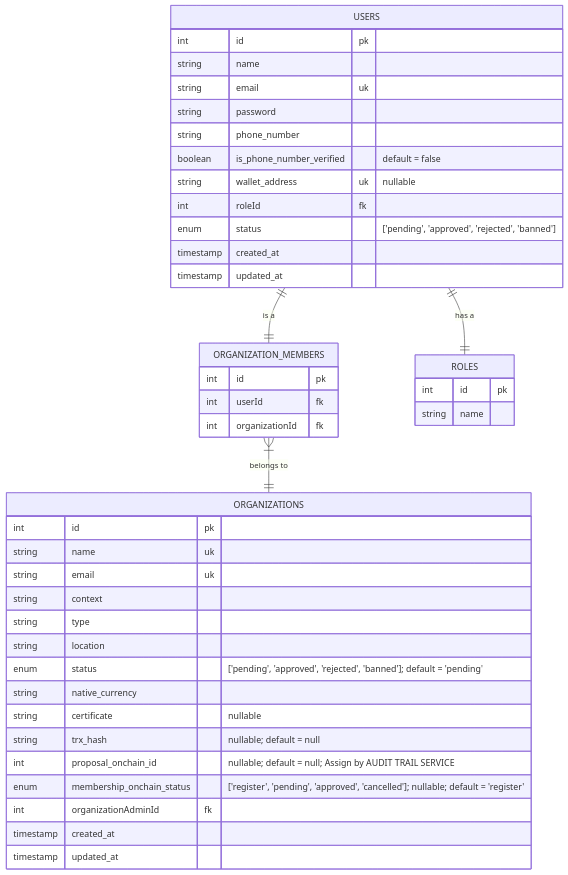
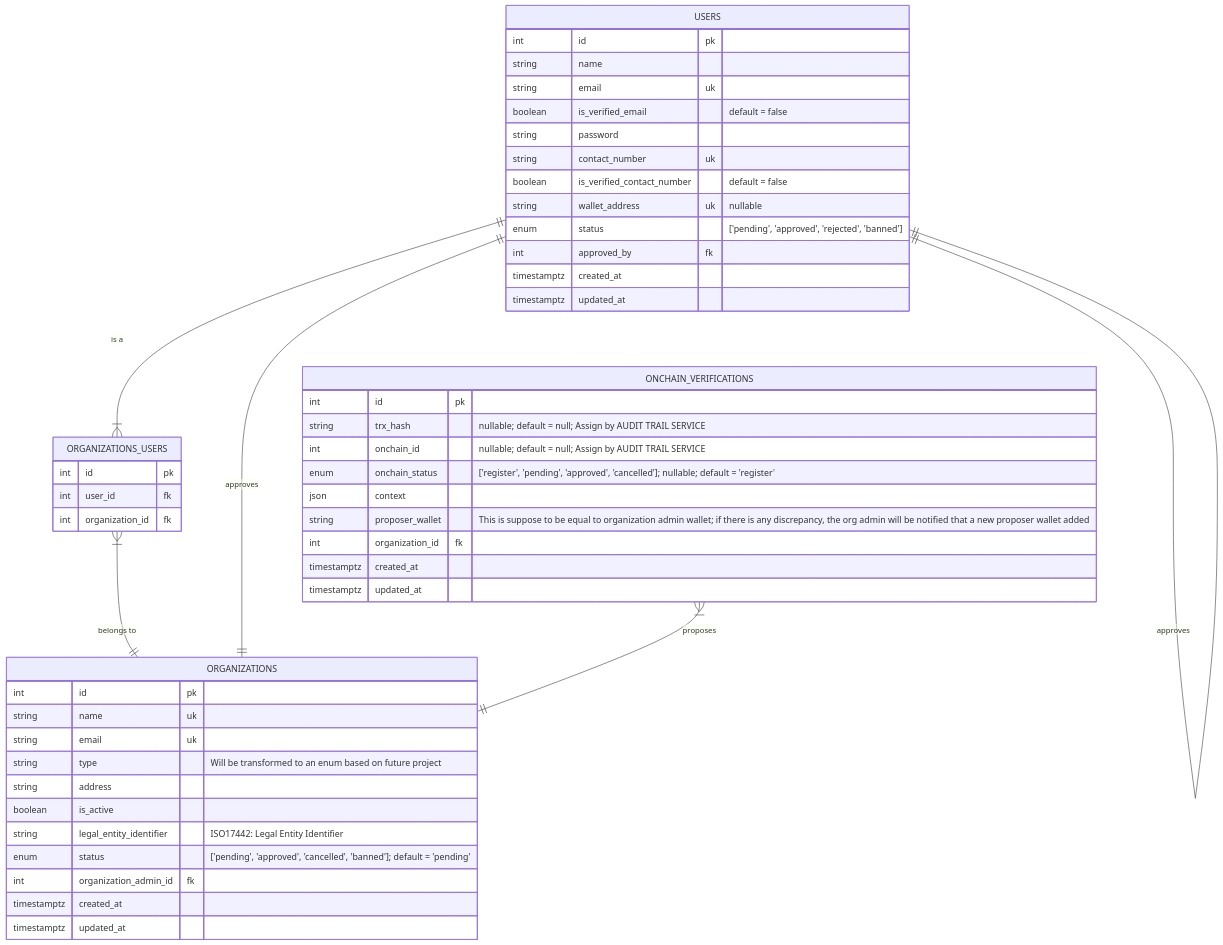
Before and after one commit to FinCube-23/DAO-Proposal-Governance: the third of 3 diagrams in IMPROVED-ER-DIAGRAM.md, drawn with Mermaid. The commit also changed other lines of this file, not shown here.

Commit message:
feat: fincube #291 Update ER diagram with improved data types and structure

````diff
--- a/IMPROVED-ER-DIAGRAM.md
+++ b/IMPROVED-ER-DIAGRAM.md
@@ -52,51 +56,57 @@
 ```mermaid
 erDiagram
 
 USERS {
     int id pk
     string name
     string email uk
+    boolean is_verified_email "default = false"
     string password
-    string phone_number
-    boolean is_phone_number_verified "default = false"
+    string contact_number uk
+    boolean is_verified_contact_number "default = false"
     string wallet_address uk "nullable"
-    int roleId fk
-    enum status "['pending', 'approved', 'rejected', 'banned']" 
-    timestamp created_at
-    timestamp updated_at
+    enum status "['pending', 'approved', 'rejected', 'banned']"
+    int approved_by fk
+    timestamptz created_at
+    timestamptz updated_at
 }
 
 ORGANIZATIONS {
     int id pk
     string name uk
     string email uk
-    string context
-    string type
-    string location
-    enum status "['pending', 'approved', 'rejected', 'banned']; default = 'pending'"
-    string native_currency 
-    string certificate "nullable"
-    string trx_hash "nullable; default = null"
-    int proposal_onchain_id "nullable; default = null; Assign by AUDIT TRAIL SERVICE"
-    enum membership_onchain_status "['register', 'pending', 'approved', 'cancelled']; nullable; default = 'register'"
-    int organizationAdminId fk
-    timestamp created_at
-    timestamp updated_at
+    string type "Will be transformed to an enum based on future project"
+    string address
+    boolean is_active
+    string legal_entity_identifier "ISO17442: Legal Entity Identifier"
+    enum status "['pending', 'approved', 'cancelled', 'banned']; default = 'pending'"
+    int organization_admin_id fk
+    timestamptz created_at
+    timestamptz updated_at
 }
 
-ORGANIZATION_MEMBERS {
+ORGANIZATIONS_USERS {
     int id pk
-    int userId fk
-    int organizationId fk
+    int user_id fk
+    int organization_id fk
 }
 
-ROLES {
+ONCHAIN_VERIFICATIONS {
     int id pk
-    string name
+    string trx_hash "nullable; default = null; Assign by AUDIT TRAIL SERVICE"
+    int onchain_id "nullable; default = null; Assign by AUDIT TRAIL SERVICE"
+    enum onchain_status "['register', 'pending', 'approved', 'cancelled']; nullable; default = 'register'"
+    json context
+    string proposer_wallet "This is suppose to be equal to organization admin wallet; if there is any discrepancy, the org admin will be notified that a new proposer wallet added"
+    int organization_id fk
+    timestamptz created_at
+    timestamptz updated_at
 }
 
-USERS ||--|| ORGANIZATION_MEMBERS : "is a"
-ORGANIZATION_MEMBERS }|--|| ORGANIZATIONS: "belongs to"
-USERS ||--|| ROLES : "has a"
+USERS ||--|{ ORGANIZATIONS_USERS : "is a"
+ORGANIZATIONS_USERS }|--|| ORGANIZATIONS: "belongs to"
+USERS ||--|| ORGANIZATIONS : "approves"
+ONCHAIN_VERIFICATIONS }|--|| ORGANIZATIONS: "proposes"
+USERS ||--|| USERS: "approves"
 
 ```
````
